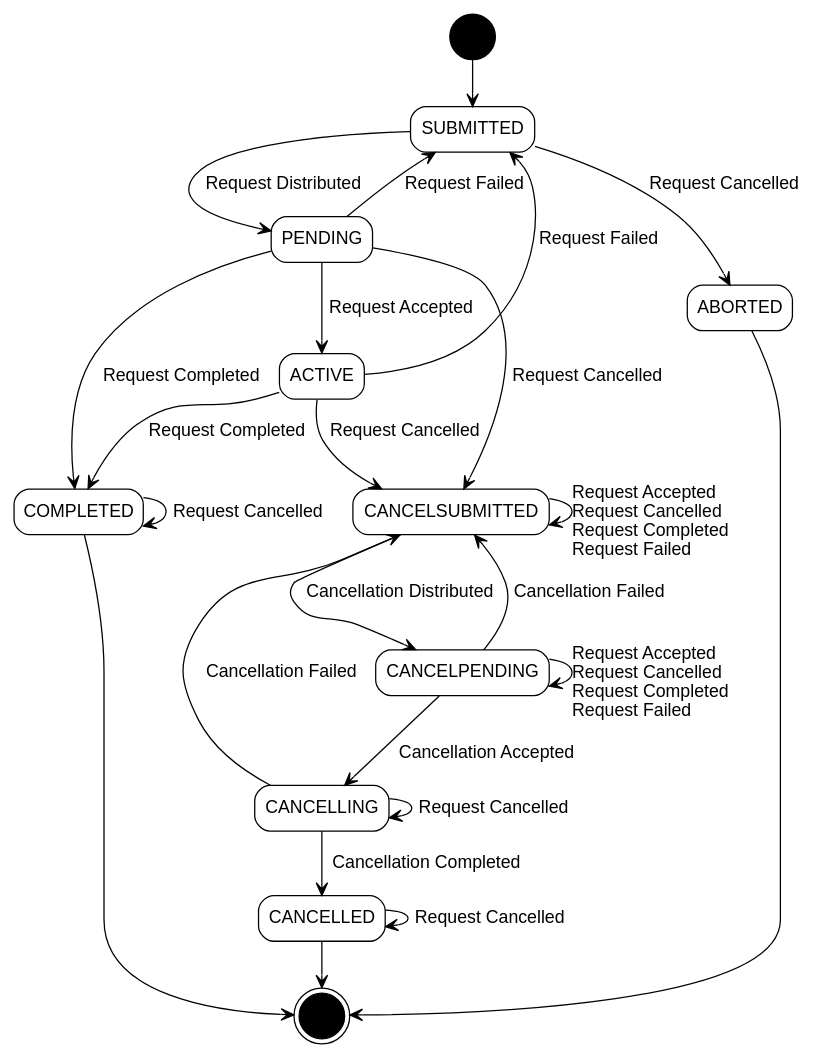
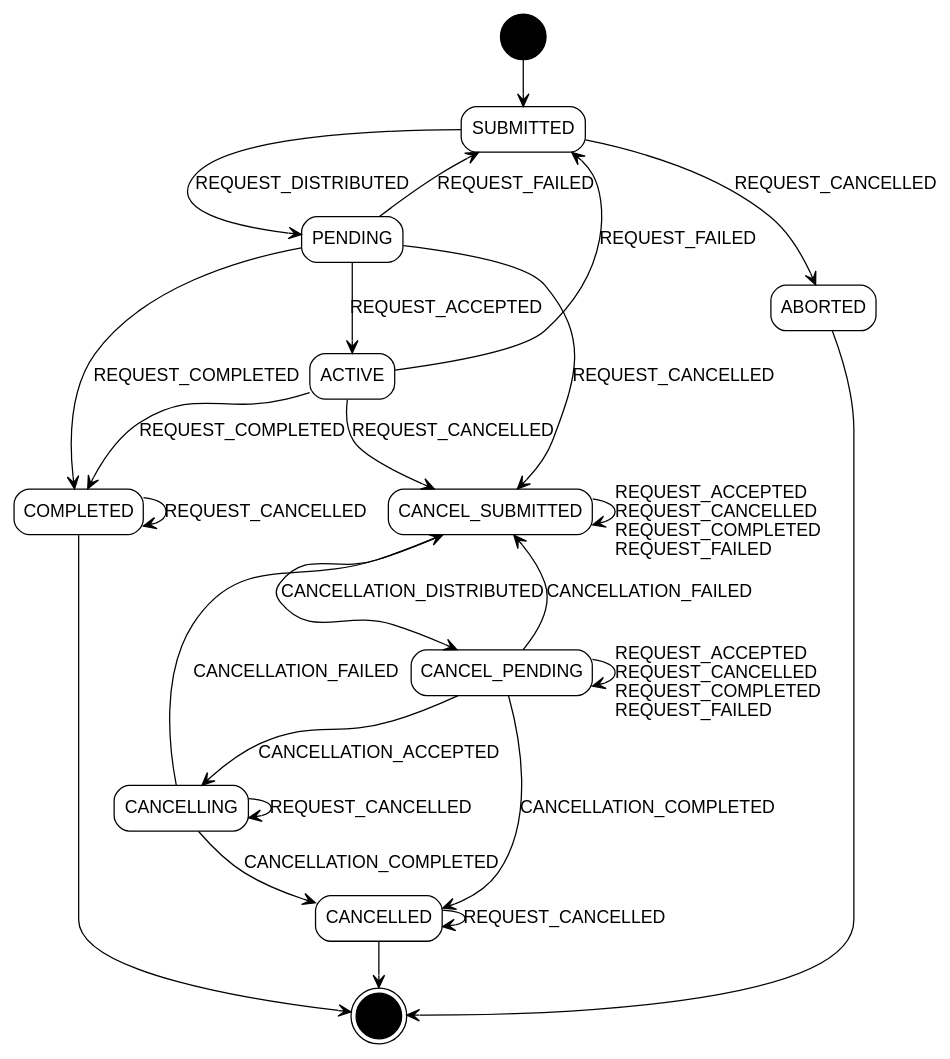
Before and after one commit to ONSdigital/response-management-service: the diagram in actionsvc/diagrams/actionstates.dot, drawn with Graphviz.

Commit message:
Added new CANCELLATION_COMPLETED event

```diff
--- a/actionsvc/diagrams/actionstates.dot
+++ b/actionsvc/diagrams/actionstates.dot
@@ -1,42 +1,43 @@
 /* Action service action states. Run using dot -Tpng actionstates.dot > actionstates.png */
 /* See https://fsteeg.wordpress.com/2006/11/16/uml-activity-diagrams-with-graphviz/ */
 digraph actionstates {
     size="20,20";
     edge[arrowhead=open]
     node [shape=rectangle];
     start[shape=circle, label="", fillcolor=black, style=filled]
     end[shape=doublecircle, label="", fillcolor=black, style=filled]
     submitted[label="SUBMITTED", fontname="helvetica", style=rounded]
     pending[label="PENDING", fontname="helvetica", style=rounded]
     active[label="ACTIVE", fontname="helvetica", style=rounded]
     completed[label="COMPLETED", fontname="helvetica", style=rounded]
     aborted[label="ABORTED", fontname="helvetica", style=rounded]
-    cancelsubmitted[label="CANCELSUBMITTED", fontname="helvetica", style=rounded]
-    cancelpending[label="CANCELPENDING", fontname="helvetica", style=rounded]
+    cancelsubmitted[label="CANCEL_SUBMITTED", fontname="helvetica", style=rounded]
+    cancelpending[label="CANCEL_PENDING", fontname="helvetica", style=rounded]
     cancelling[label="CANCELLING", fontname="helvetica", style=rounded]
     cancelled[label="CANCELLED", fontname="helvetica", style=rounded]
 
     start -> submitted
-    submitted -> pending[fontname="helvetica", label="Request Distributed"]
-    submitted -> aborted[fontname="helvetica", label="Request Cancelled"]
-    pending -> active[fontname="helvetica", label="Request Accepted"]
-    pending -> completed[fontname="helvetica", label="Request Completed"]
-    active -> completed[fontname="helvetica", label="Request Completed"]
-    cancelsubmitted -> cancelpending[fontname="helvetica", label="Cancellation Distributed"]
-    cancelpending -> cancelling[fontname="helvetica", label="Cancellation Accepted"]
-    cancelling -> cancelled[fontname="helvetica", label="Cancellation Completed"]
-    active -> submitted[fontname="helvetica", label="Request Failed"]
-    pending -> submitted[fontname="helvetica", label="Request Failed"]
-    active -> cancelsubmitted[fontname="helvetica", label="Request Cancelled"]
-    pending -> cancelsubmitted[fontname="helvetica", label="Request Cancelled"]
-    cancelling -> cancelsubmitted[fontname="helvetica", label="Cancellation Failed"]
-    cancelpending -> cancelsubmitted[fontname="helvetica", label="Cancellation Failed"]
-    cancelsubmitted -> cancelsubmitted[fontname="helvetica", label="\lRequest Accepted\lRequest Cancelled\lRequest Completed\lRequest Failed\l"]
-    cancelpending -> cancelpending[fontname="helvetica", label="\lRequest Accepted\lRequest Cancelled\lRequest Completed\lRequest Failed\l"]
-    completed -> completed[fontname="helvetica", label="Request Cancelled"]
-    cancelled -> cancelled[fontname="helvetica", label="Request Cancelled"]
-    cancelling -> cancelling[fontname="helvetica", label="Request Cancelled"]
+    submitted -> pending[fontname="helvetica", label="REQUEST_DISTRIBUTED"]
+    submitted -> aborted[fontname="helvetica", label="REQUEST_CANCELLED"]
+    pending -> active[fontname="helvetica", label="REQUEST_ACCEPTED"]
+    pending -> completed[fontname="helvetica", label="REQUEST_COMPLETED"]
+    active -> completed[fontname="helvetica", label="REQUEST_COMPLETED"]
+    cancelsubmitted -> cancelpending[fontname="helvetica", label="CANCELLATION_DISTRIBUTED"]
+    cancelpending -> cancelling[fontname="helvetica", label="CANCELLATION_ACCEPTED"]
+    cancelling -> cancelled[fontname="helvetica", label="CANCELLATION_COMPLETED"]
+    active -> submitted[fontname="helvetica", label="REQUEST_FAILED"]
+    pending -> submitted[fontname="helvetica", label="REQUEST_FAILED"]
+    active -> cancelsubmitted[fontname="helvetica", label="REQUEST_CANCELLED"]
+    pending -> cancelsubmitted[fontname="helvetica", label="REQUEST_CANCELLED"]
+    cancelling -> cancelsubmitted[fontname="helvetica", label="CANCELLATION_FAILED"]
+    cancelpending -> cancelsubmitted[fontname="helvetica", label="CANCELLATION_FAILED"]
+    cancelpending -> cancelled[fontname="helvetica", label="CANCELLATION_COMPLETED"]
+    cancelsubmitted -> cancelsubmitted[fontname="helvetica", label="\lREQUEST_ACCEPTED\lREQUEST_CANCELLED\lREQUEST_COMPLETED\lREQUEST_FAILED\l"]
+    cancelpending -> cancelpending[fontname="helvetica", label="\lREQUEST_ACCEPTED\lREQUEST_CANCELLED\lREQUEST_COMPLETED\lREQUEST_FAILED\l"]
+    completed -> completed[fontname="helvetica", label="REQUEST_CANCELLED"]
+    cancelled -> cancelled[fontname="helvetica", label="REQUEST_CANCELLED"]
+    cancelling -> cancelling[fontname="helvetica", label="REQUEST_CANCELLED"]
     aborted -> end
     completed -> end
     cancelled -> end
 }
```
